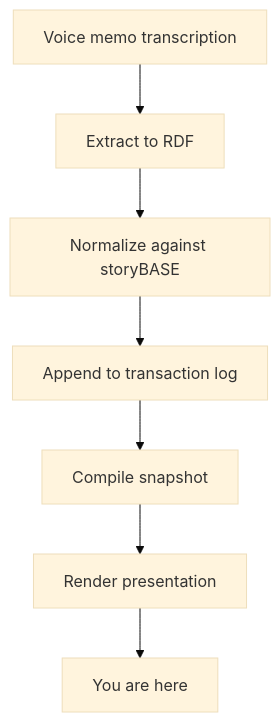
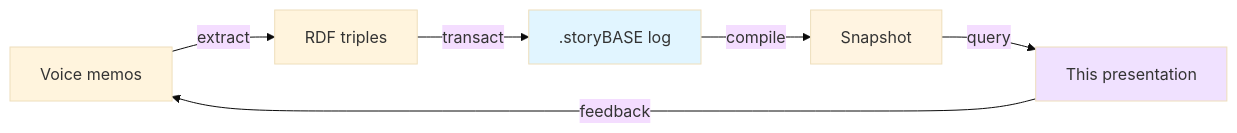
One commit to Synthetic-Identity-Co/conj-talk-2025 changed the sixth of 6 diagrams in conj-talk-2025.md. Above: the diagram before and after it, drawn with Mermaid (base theme). The commit also changed other lines of this file, not shown here.

Commit message:
story:  349c0d4a6141a6511f5f36aea2ca873382f43057

````diff
--- a/conj-talk-2025.md
+++ b/conj-talk-2025.md
@@ -255,9 +317,12 @@
 ```mermaid
-graph TD
-    A[Voice memo transcription] --> B[Extract to RDF]
-    B --> C[Normalize against storyBASE]
-    C --> D[Append to transaction log]
-    D --> E[Compile snapshot]
-    E --> F[Render presentation]
-    F --> G[You are here]
+graph LR
+    A[Voice memos] -->|extract| B[RDF triples]
+    B -->|transact| C[.storyBASE log]
+    C -->|compile| D[Snapshot]
+    D -->|query| E[This presentation]
+    E -->|feedback| A
+    
+    style C fill:#e1f5ff
+    style D fill:#fff4e1
+    style E fill:#f0e1ff
 ```
````
